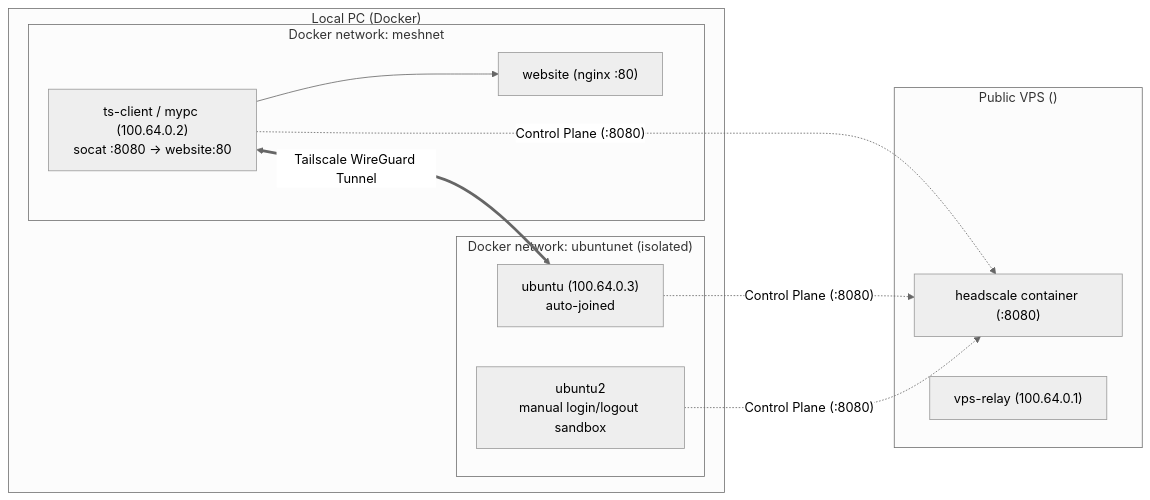
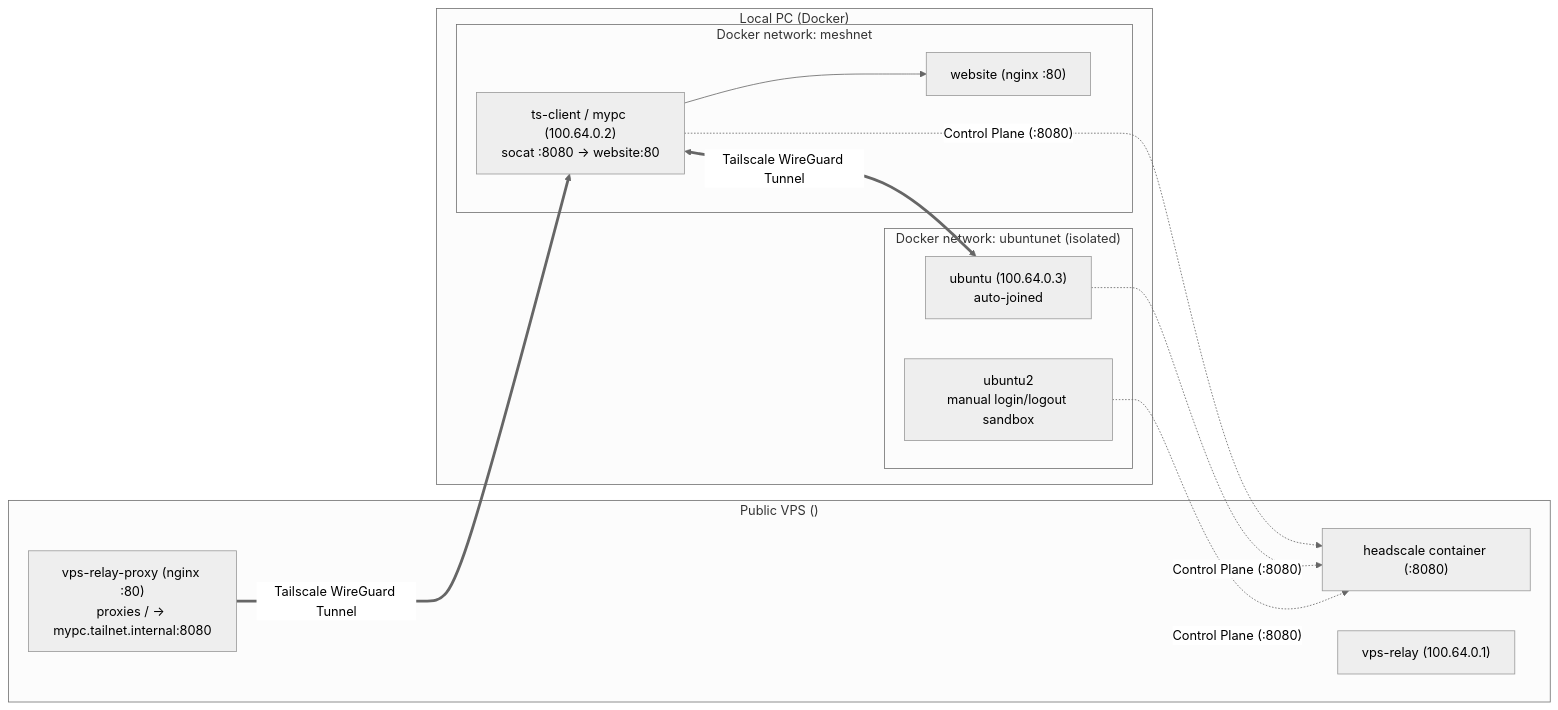
The diagram in README.md (dreamoutbox/try-headscale), drawn with Mermaid (neutral theme) before and after one commit. The commit also changed other lines of this file and 5 other files, not shown here.

Commit message:
feat: add Nginx relay proxy on VPS for public access to tailnet services

````diff
--- a/README.md
+++ b/README.md
@@ -9,25 +9,27 @@
 ```mermaid
 flowchart LR
   subgraph VPS["Public VPS (<VPS_IP>)"]
     HS["headscale container (:8080)"]
     VPSNode["vps-relay (100.64.0.1)"]
+    Relay["vps-relay-proxy (nginx :80)<br/>proxies / -> mypc.tailnet.internal:8080"]
   end
 
   subgraph PC["Local PC (Docker)"]
     subgraph meshnet["Docker network: meshnet"]
       Web["website (nginx :80)"]
       TSClient["ts-client / mypc (100.64.0.2)<br/>socat :8080 -> website:80"]
     end
 
     subgraph ubuntunet["Docker network: ubuntunet (isolated)"]
       U1["ubuntu (100.64.0.3)<br/>auto-joined"]
       U2["ubuntu2<br/>manual login/logout sandbox"]
     end
   end
 
+  Relay == "Tailscale WireGuard Tunnel" ==> TSClient
   TSClient <== "Tailscale WireGuard Tunnel" ==> U1
   TSClient -. "Control Plane (:8080)" .-> HS
   U1 -. "Control Plane (:8080)" .-> HS
   U2 -. "Control Plane (:8080)" .-> HS
   TSClient --> Web
 ```
````
